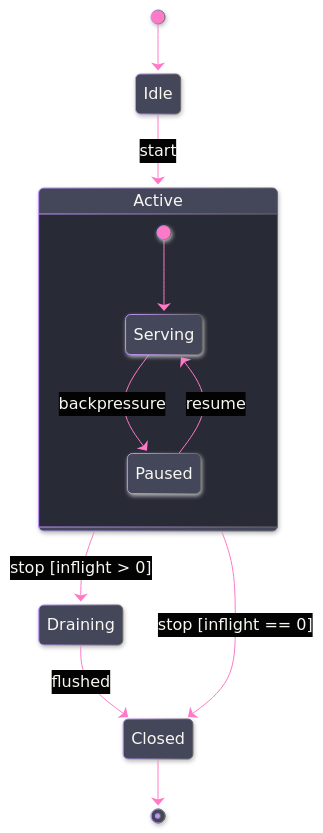
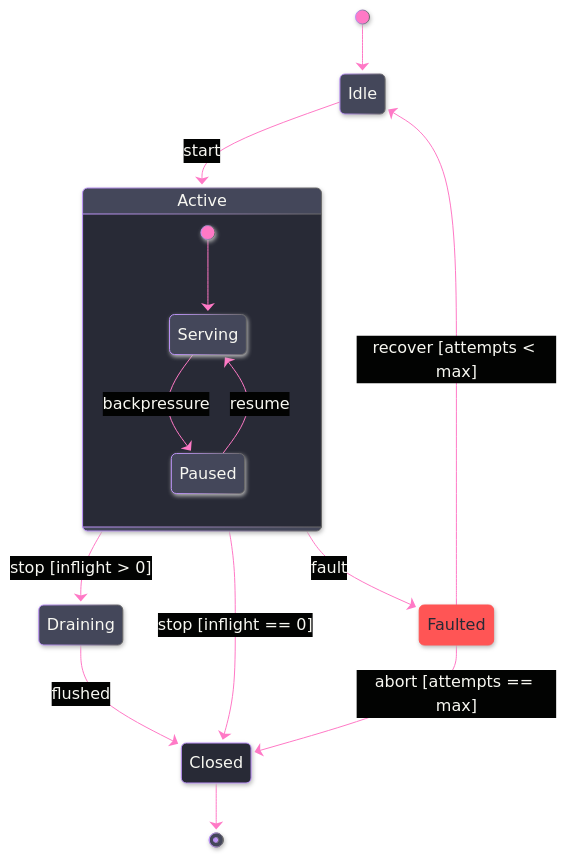
The diagram in .claude/skills/mermaid-diagramming/templates/lifecycle.mmd.md (bsamiee/Rasm), drawn with Mermaid before and after one commit. The commit also changed other lines of this file and 38 other files, not shown here.

````diff
--- a/.claude/skills/mermaid-diagramming/templates/lifecycle.mmd.md
+++ b/.claude/skills/mermaid-diagramming/templates/lifecycle.mmd.md
@@ -5,31 +5,38 @@
 ```mermaid
 ---
 config:
   look: neo
   theme: base
   themeVariables:
     darkMode: true
     background: "#282A36"
     primaryColor: "#44475A"
     primaryTextColor: "#F8F8F2"
     primaryBorderColor: "#BD93F9"
     lineColor: "#FF79C6"
     textColor: "#F8F8F2"
     tertiaryColor: "#21222C"
     tertiaryTextColor: "#F8F8F2"
 ---
 stateDiagram-v2
     accTitle: Owner lifecycle
-    accDescr: A stateful owner moving from idle through a composite active state into draining and closed, with guarded transitions.
+    accDescr: A stateful owner moving from idle through a composite active state into draining and closed, with a guarded fault state offering bounded recovery before terminal abort.
     [*] --> Idle
     Idle --> Active: start
     state Active {
         [*] --> Serving
         Serving --> Paused: backpressure
         Paused --> Serving: resume
     }
     Active --> Draining: stop [inflight > 0]
     Active --> Closed: stop [inflight == 0]
+    Active --> Faulted: fault
+    Faulted --> Idle: recover [attempts < max]
+    Faulted --> Closed: abort [attempts == max]
     Draining --> Closed: flushed
     Closed --> [*]
+    classDef error fill:#FF5555,stroke:#FF5555,color:#282A36
+    classDef terminal fill:#282A36,stroke:#BD93F9,color:#F8F8F2
+    class Faulted error
+    class Closed terminal
 ```
````
